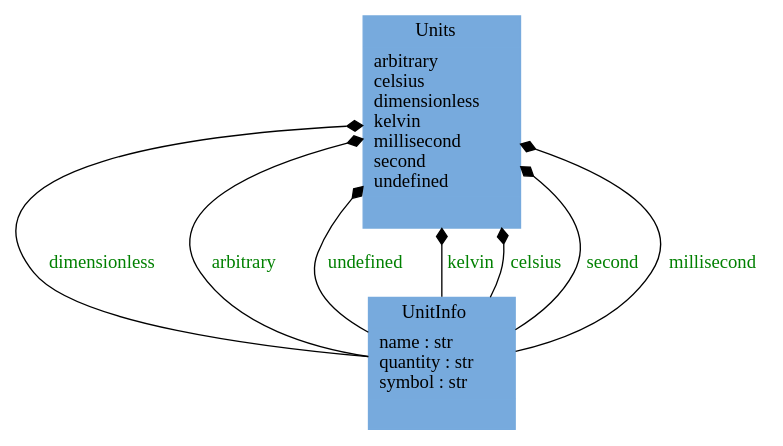
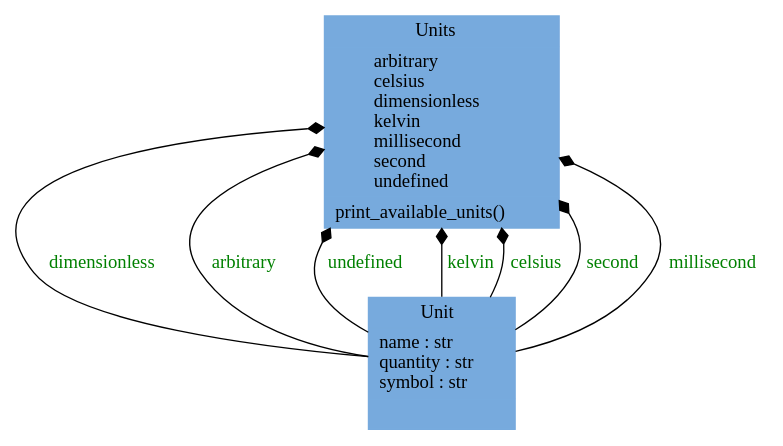
One commit to voidsy-gmbh/pyThermoNDT changed the diagram in docs/pyreverse/classes_pythermondt.data.units.gv. Above: the diagram before and after it, drawn with Graphviz. The commit also changed 13 other files, not shown here.

Commit message:
Update pyreverse diagrams

```diff
--- a/docs/pyreverse/classes_pythermondt.data.units.gv
+++ b/docs/pyreverse/classes_pythermondt.data.units.gv
@@ -1,13 +1,13 @@
 digraph "classes_pythermondt.data.units" {
 rankdir=BT
 charset="utf-8"
-"pythermondt.data.units.units.UnitInfo" [color="#77AADD", fontcolor="black", label=<{UnitInfo|name : str<br ALIGN="LEFT"/>quantity : str<br ALIGN="LEFT"/>symbol : str<br ALIGN="LEFT"/>|}>, shape="record", style="filled"];
-"pythermondt.data.units.units.Units" [color="#77AADD", fontcolor="black", label=<{Units|arbitrary<br ALIGN="LEFT"/>celsius<br ALIGN="LEFT"/>dimensionless<br ALIGN="LEFT"/>kelvin<br ALIGN="LEFT"/>millisecond<br ALIGN="LEFT"/>second<br ALIGN="LEFT"/>undefined<br ALIGN="LEFT"/>|}>, shape="record", style="filled"];
-"pythermondt.data.units.units.UnitInfo" -> "pythermondt.data.units.units.Units" [arrowhead="diamond", arrowtail="none", fontcolor="green", label="dimensionless", style="solid"];
-"pythermondt.data.units.units.UnitInfo" -> "pythermondt.data.units.units.Units" [arrowhead="diamond", arrowtail="none", fontcolor="green", label="arbitrary", style="solid"];
-"pythermondt.data.units.units.UnitInfo" -> "pythermondt.data.units.units.Units" [arrowhead="diamond", arrowtail="none", fontcolor="green", label="undefined", style="solid"];
-"pythermondt.data.units.units.UnitInfo" -> "pythermondt.data.units.units.Units" [arrowhead="diamond", arrowtail="none", fontcolor="green", label="kelvin", style="solid"];
-"pythermondt.data.units.units.UnitInfo" -> "pythermondt.data.units.units.Units" [arrowhead="diamond", arrowtail="none", fontcolor="green", label="celsius", style="solid"];
-"pythermondt.data.units.units.UnitInfo" -> "pythermondt.data.units.units.Units" [arrowhead="diamond", arrowtail="none", fontcolor="green", label="second", style="solid"];
-"pythermondt.data.units.units.UnitInfo" -> "pythermondt.data.units.units.Units" [arrowhead="diamond", arrowtail="none", fontcolor="green", label="millisecond", style="solid"];
+"pythermondt.data.units._unit.Unit" [color="#77AADD", fontcolor="black", label=<{Unit|name : str<br ALIGN="LEFT"/>quantity : str<br ALIGN="LEFT"/>symbol : str<br ALIGN="LEFT"/>|}>, shape="record", style="filled"];
+"pythermondt.data.units.units.Units" [color="#77AADD", fontcolor="black", label=<{Units|arbitrary<br ALIGN="LEFT"/>celsius<br ALIGN="LEFT"/>dimensionless<br ALIGN="LEFT"/>kelvin<br ALIGN="LEFT"/>millisecond<br ALIGN="LEFT"/>second<br ALIGN="LEFT"/>undefined<br ALIGN="LEFT"/>|print_available_units()<br ALIGN="LEFT"/>}>, shape="record", style="filled"];
+"pythermondt.data.units._unit.Unit" -> "pythermondt.data.units.units.Units" [arrowhead="diamond", arrowtail="none", fontcolor="green", label="dimensionless", style="solid"];
+"pythermondt.data.units._unit.Unit" -> "pythermondt.data.units.units.Units" [arrowhead="diamond", arrowtail="none", fontcolor="green", label="arbitrary", style="solid"];
+"pythermondt.data.units._unit.Unit" -> "pythermondt.data.units.units.Units" [arrowhead="diamond", arrowtail="none", fontcolor="green", label="undefined", style="solid"];
+"pythermondt.data.units._unit.Unit" -> "pythermondt.data.units.units.Units" [arrowhead="diamond", arrowtail="none", fontcolor="green", label="kelvin", style="solid"];
+"pythermondt.data.units._unit.Unit" -> "pythermondt.data.units.units.Units" [arrowhead="diamond", arrowtail="none", fontcolor="green", label="celsius", style="solid"];
+"pythermondt.data.units._unit.Unit" -> "pythermondt.data.units.units.Units" [arrowhead="diamond", arrowtail="none", fontcolor="green", label="second", style="solid"];
+"pythermondt.data.units._unit.Unit" -> "pythermondt.data.units.units.Units" [arrowhead="diamond", arrowtail="none", fontcolor="green", label="millisecond", style="solid"];
 }
```
